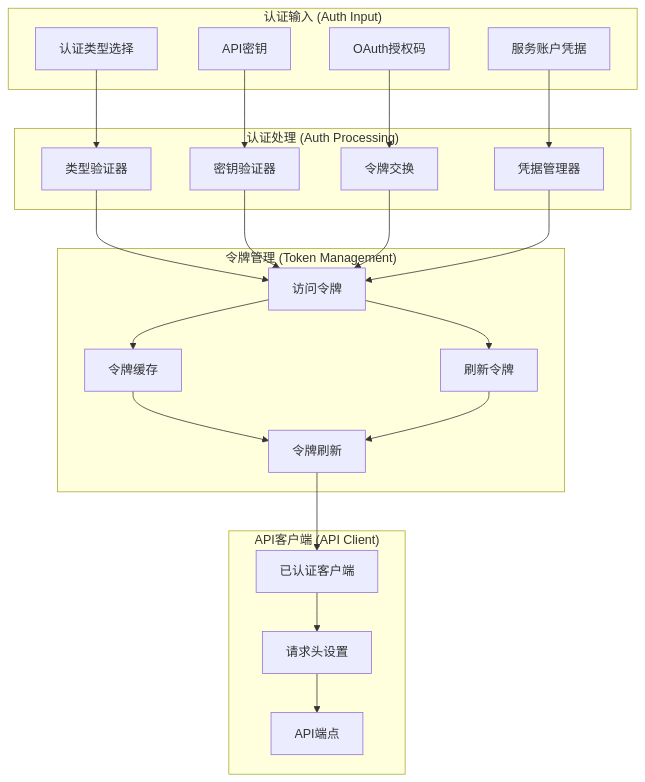
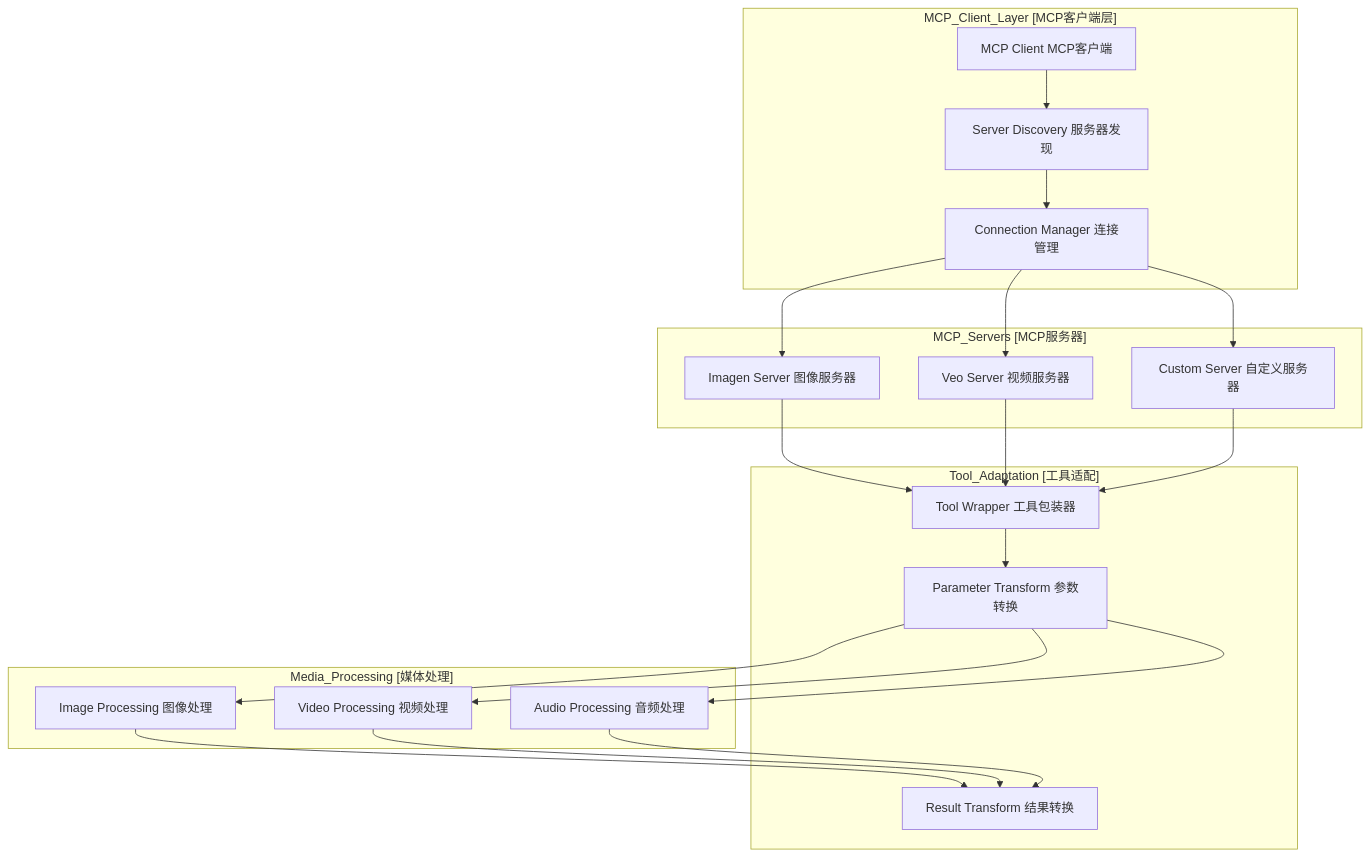
One commit to zhuangbiaowei/vitepress-ospo-writing-project changed the fifth of 5 diagrams in docs/articles/gemini-cli-data-flow-diagram.md. Above: the diagram before and after it, drawn with Mermaid. The commit also changed other lines of this file and 128 other files, not shown here.

````diff
--- a/docs/articles/gemini-cli-data-flow-diagram.md
+++ b/docs/articles/gemini-cli-data-flow-diagram.md
@@ -298,48 +290,45 @@
 ```mermaid
-flowchart TD
-    subgraph "认证输入 (Auth Input)"
-        AuthType[认证类型选择]
-        APIKey[API密钥]
-        OAuthCode[OAuth授权码]
-        ServiceAccount[服务账户凭据]
+flowchart TB
+    subgraph "MCP_Client_Layer [MCP客户端层]"
+        MCPClient[MCP Client MCP客户端]
+        ServerDiscovery[Server Discovery 服务器发现]
+        ConnectionMgr[Connection Manager 连接管理]
     end
     
-    subgraph "认证处理 (Auth Processing)"
-        TypeValidator[类型验证器]
-        KeyValidator[密钥验证器]
-        TokenExchange[令牌交换]
-        CredentialManager[凭据管理器]
+    subgraph "MCP_Servers [MCP服务器]"
+        ImagenServer[Imagen Server 图像服务器]
+        VeoServer[Veo Server 视频服务器]
+        CustomServer[Custom Server 自定义服务器]
     end
     
-    subgraph "令牌管理 (Token Management)"
-        AccessToken[访问令牌]
-        RefreshToken[刷新令牌]
-        TokenCache[令牌缓存]
-        TokenRefresh[令牌刷新]
+    subgraph "Tool_Adaptation [工具适配]"
+        ToolWrapper[Tool Wrapper 工具包装器]
+        ParamTransform[Parameter Transform 参数转换]
+        ResultTransform[Result Transform 结果转换]
     end
     
-    subgraph "API客户端 (API Client)"
-        AuthenticatedClient[已认证客户端]
-        RequestHeaders[请求头设置]
-        APIEndpoint[API端点]
+    subgraph "Media_Processing [媒体处理]"
+        ImageProcess[Image Processing 图像处理]
+        VideoProcess[Video Processing 视频处理]
+        AudioProcess[Audio Processing 音频处理]
     end
 
-    AuthType --> TypeValidator
-    APIKey --> KeyValidator
-    OAuthCode --> TokenExchange
-    ServiceAccount --> CredentialManager
+    MCPClient --> ServerDiscovery
+    ServerDiscovery --> ConnectionMgr
+    ConnectionMgr --> ImagenServer
+    ConnectionMgr --> VeoServer
+    ConnectionMgr --> CustomServer
     
-    TypeValidator --> AccessToken
-    KeyValidator --> AccessToken
-    TokenExchange --> AccessToken
-    CredentialManager --> AccessToken
+    ImagenServer --> ToolWrapper
+    VeoServer --> ToolWrapper
+    CustomServer --> ToolWrapper
     
-    AccessToken --> TokenCache
-    AccessToken --> RefreshToken
-    TokenCache --> TokenRefresh
-    RefreshToken --> TokenRefresh
+    ToolWrapper --> ParamTransform
+    ParamTransform --> ImageProcess
+    ParamTransform --> VideoProcess
+    ParamTransform --> AudioProcess
     
-    TokenRefresh --> AuthenticatedClient
-    AuthenticatedClient --> RequestHeaders
-    RequestHeaders --> APIEndpoint
+    ImageProcess --> ResultTransform
+    VideoProcess --> ResultTransform
+    AudioProcess --> ResultTransform
 ```
````
